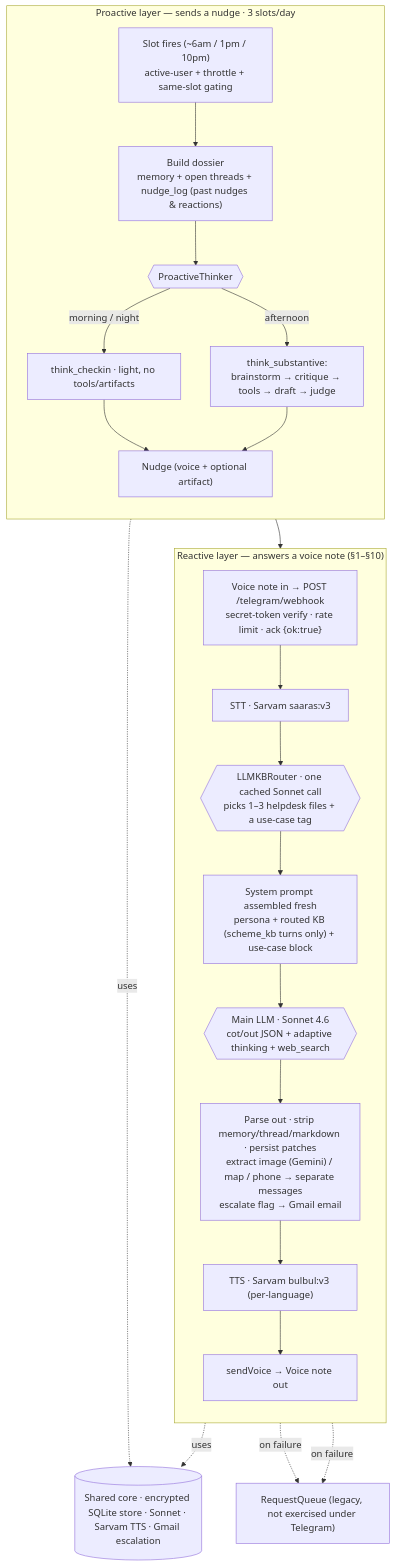
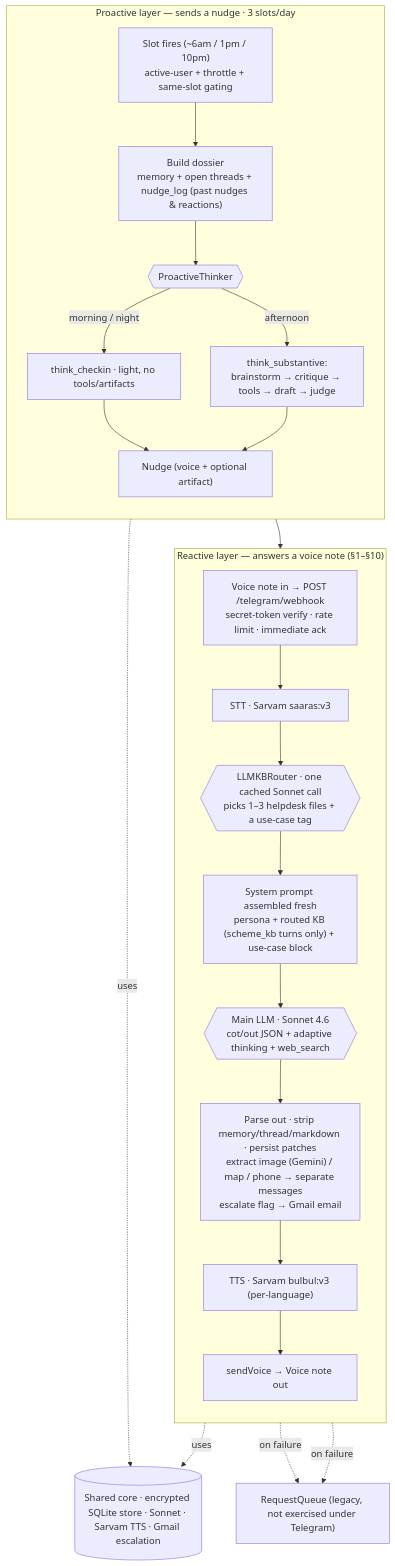
One commit to sundar911/bhAI_voicebot changed the diagram in ARCHITECTURE.md. Above: the diagram before and after it, drawn with Mermaid.

Commit message:
docs: drop curly braces from mermaid label (cleaner GitHub render)

````diff
--- a/ARCHITECTURE.md
+++ b/ARCHITECTURE.md
@@ -14,30 +14,30 @@
 ```mermaid
 flowchart TD
     subgraph REACTIVE["Reactive layer — answers a voice note (§1–§10)"]
         direction TB
-        V["Voice note in → POST /telegram/webhook<br/>secret-token verify · rate limit · ack {ok:true}"] --> STT["STT · Sarvam saaras:v3"]
+        V["Voice note in → POST /telegram/webhook<br/>secret-token verify · rate limit · immediate ack"] --> STT["STT · Sarvam saaras:v3"]
         STT --> RT{{"LLMKBRouter · one cached Sonnet call<br/>picks 1–3 helpdesk files + a use-case tag"}}
         RT --> SP["System prompt assembled fresh<br/>persona + routed KB (scheme_kb turns only) + use-case block"]
         SP --> LLM{{"Main LLM · Sonnet 4.6<br/>cot/out JSON + adaptive thinking + web_search"}}
         LLM --> POST["Parse out · strip memory/thread/markdown · persist patches<br/>extract image (Gemini) / map / phone → separate messages<br/>escalate flag → Gmail email"]
         POST --> TTS["TTS · Sarvam bulbul:v3 (per-language)"] --> VO["sendVoice → Voice note out"]
     end
 
     subgraph PROACTIVE["Proactive layer — sends a nudge · 3 slots/day"]
         direction TB
         SLOT["Slot fires (~6am / 1pm / 10pm)<br/>active-user + throttle + same-slot gating"] --> DOS["Build dossier<br/>memory + open threads + nudge_log (past nudges & reactions)"]
         DOS --> THINK{{"ProactiveThinker"}}
         THINK -->|"morning / night"| CHK["think_checkin · light, no tools/artifacts"]
         THINK -->|"afternoon"| SUB["think_substantive:<br/>brainstorm → critique → tools → draft → judge"]
         CHK --> NUD["Nudge (voice + optional artifact)"]
         SUB --> NUD
     end
 
     NUD --> POST
     CORE[("Shared core · encrypted SQLite store · Sonnet · Sarvam TTS · Gmail escalation")]
     LLM -.uses.-> CORE
     THINK -.uses.-> CORE
 
     STT -. on failure .-> QUEUE["RequestQueue (legacy, not exercised under Telegram)"]
     LLM -. on failure .-> QUEUE
 ```
````
